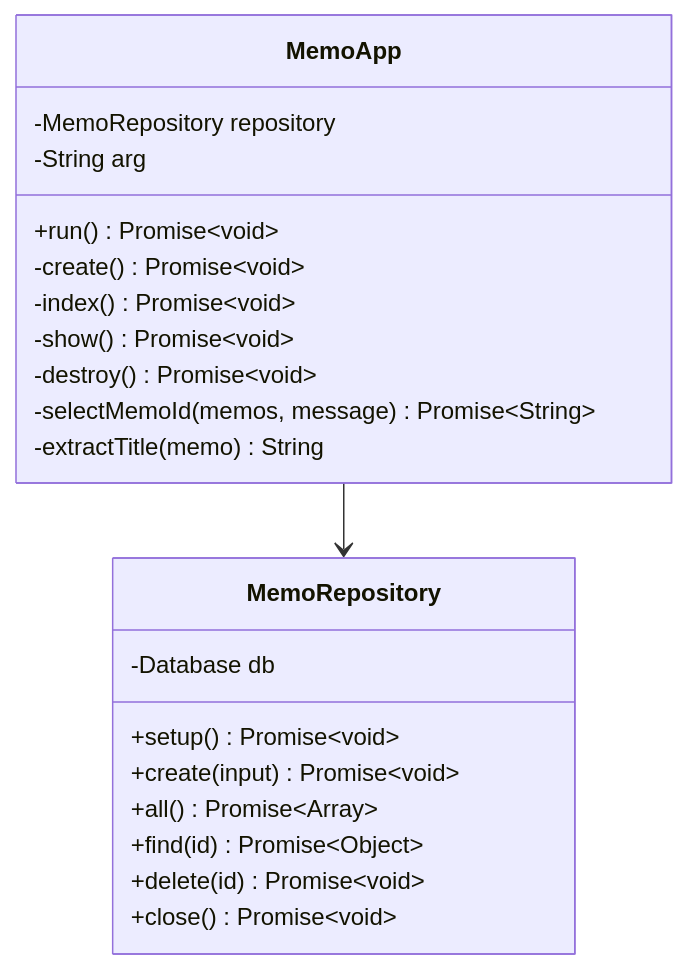
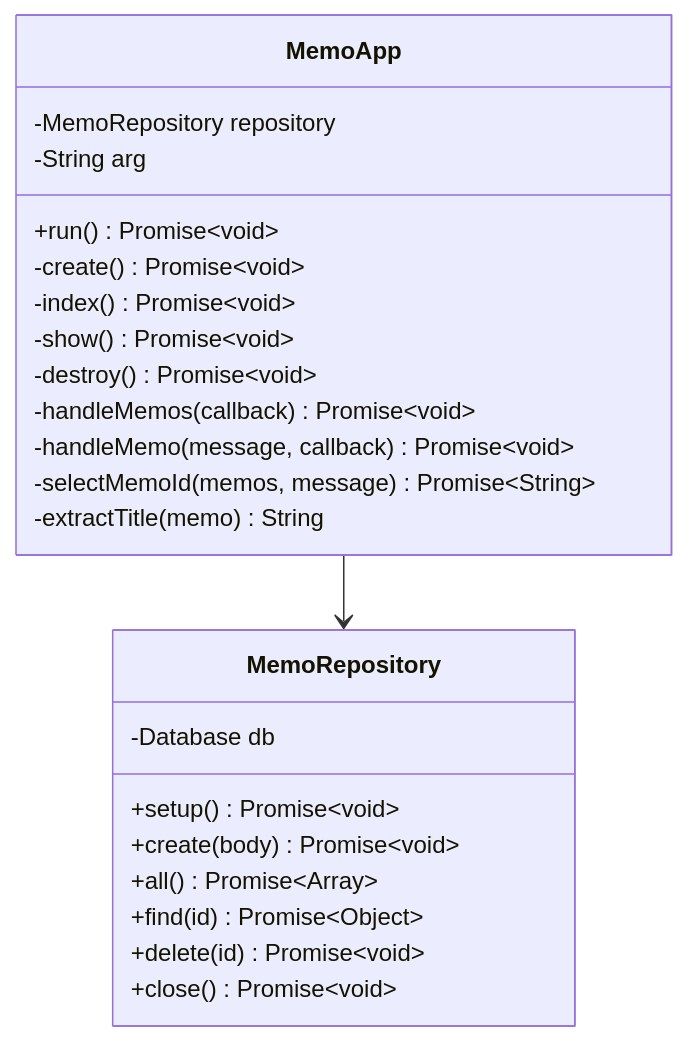
The diagram in 04.class/class_diagram.mmd (utsubo256/js-practices), drawn with Mermaid before and after one commit.

Commit message:
MemoAppとMemoRepositoryの変更に合わせてクラス図を更新

```diff
--- a/04.class/class_diagram.mmd
+++ b/04.class/class_diagram.mmd
@@ -1,24 +1,26 @@
 classDiagram
     class MemoApp {
       -MemoRepository repository
       -String arg
       +run() Promise~void~
       -create() Promise~void~
       -index() Promise~void~
       -show() Promise~void~
       -destroy() Promise~void~
+      -handleMemos(callback) Promise~void~
+      -handleMemo(message, callback) Promise~void~
       -selectMemoId(memos, message) Promise~String~
       -extractTitle(memo) String
     }
 
     class MemoRepository {
       -Database db
       +setup() Promise~void~
-      +create(input) Promise~void~
+      +create(body) Promise~void~
       +all() Promise~Array~
       +find(id) Promise~Object~
       +delete(id) Promise~void~
       +close() Promise~void~
     }
 
     MemoApp --> MemoRepository
```
